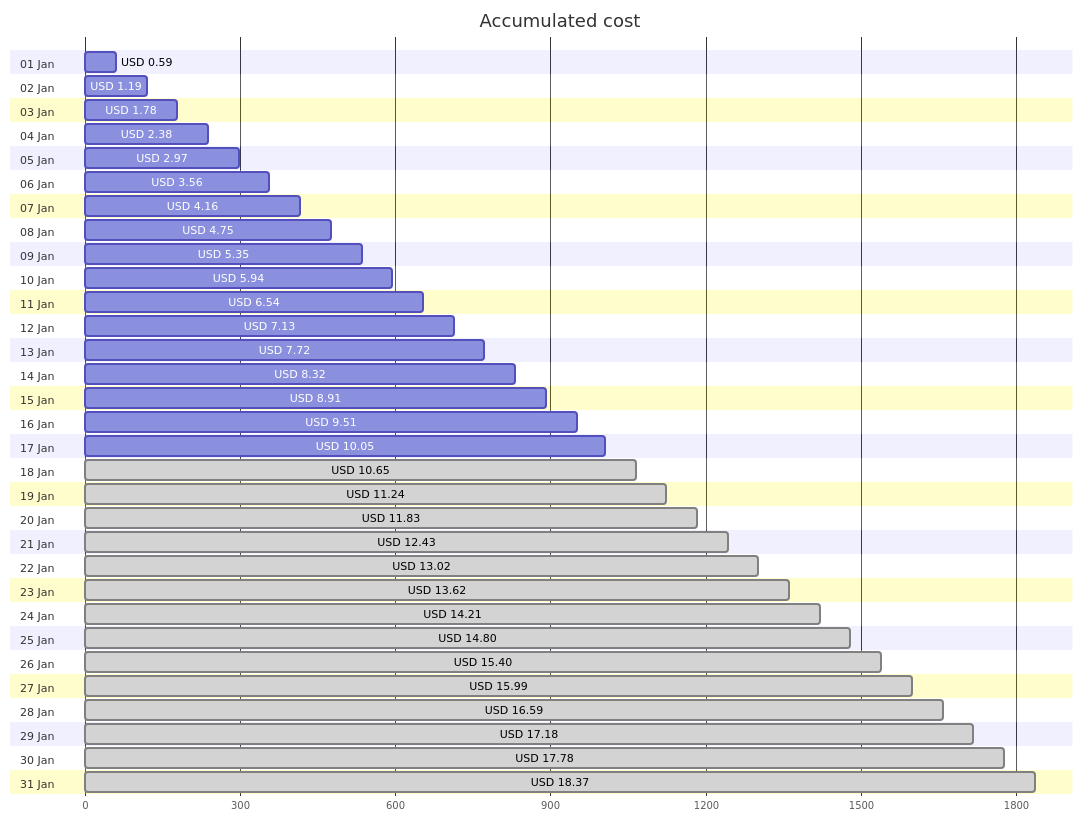
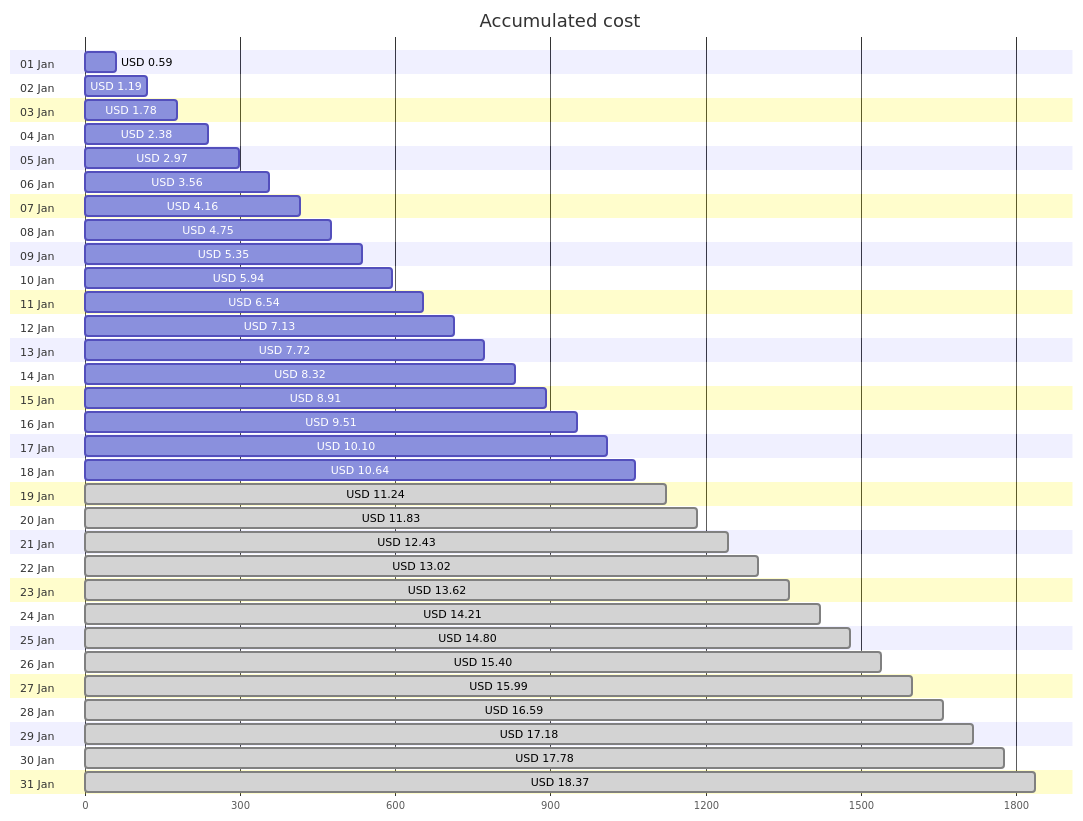
Before and after one commit to jpfulton/azure-personal-reports: the first of 4 diagrams in cost-reports/personal-site/README.md, drawn with Mermaid. The commit also changed other lines of this file and 6 other files, not shown here.

````diff
--- a/cost-reports/personal-site/README.md
+++ b/cost-reports/personal-site/README.md
@@ -20,68 +20,68 @@
 ```mermaid
 gantt
    title Accumulated cost
    dateFormat  X
    axisFormat %s
    section 01 Jan
    USD 0.59 :0, 59
    section 02 Jan
    USD 1.19 :0, 119
    section 03 Jan
    USD 1.78 :0, 178
    section 04 Jan
    USD 2.38 :0, 238
    section 05 Jan
    USD 2.97 :0, 297
    section 06 Jan
    USD 3.56 :0, 356
    section 07 Jan
    USD 4.16 :0, 416
    section 08 Jan
    USD 4.75 :0, 475
    section 09 Jan
    USD 5.35 :0, 535
    section 10 Jan
    USD 5.94 :0, 594
    section 11 Jan
    USD 6.54 :0, 654
    section 12 Jan
    USD 7.13 :0, 713
    section 13 Jan
    USD 7.72 :0, 772
    section 14 Jan
    USD 8.32 :0, 832
    section 15 Jan
    USD 8.91 :0, 891
    section 16 Jan
    USD 9.51 :0, 951
    section 17 Jan
-   USD 10.05 :0, 1005
+   USD 10.10 :0, 1010
    section 18 Jan
-   USD 10.65 : done, 0, 1065
+   USD 10.64 :0, 1064
    section 19 Jan
    USD 11.24 : done, 0, 1124
    section 20 Jan
    USD 11.83 : done, 0, 1183
    section 21 Jan
    USD 12.43 : done, 0, 1243
    section 22 Jan
    USD 13.02 : done, 0, 1302
    section 23 Jan
    USD 13.62 : done, 0, 1362
    section 24 Jan
    USD 14.21 : done, 0, 1421
    section 25 Jan
    USD 14.80 : done, 0, 1480
    section 26 Jan
    USD 15.40 : done, 0, 1540
    section 27 Jan
    USD 15.99 : done, 0, 1599
    section 28 Jan
    USD 16.59 : done, 0, 1659
    section 29 Jan
    USD 17.18 : done, 0, 1718
    section 30 Jan
    USD 17.78 : done, 0, 1778
    section 31 Jan
    USD 18.37 : done, 0, 1837
 ```
````
